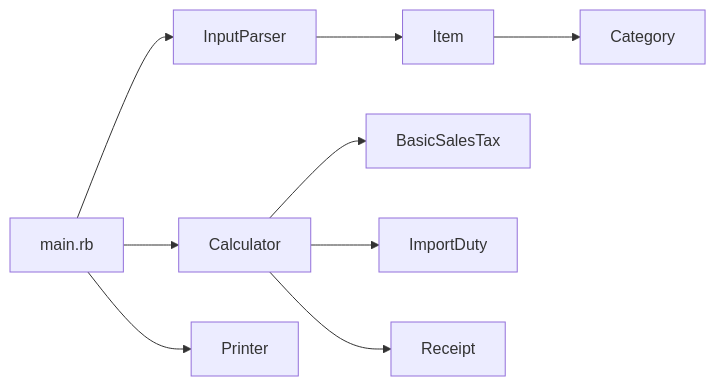
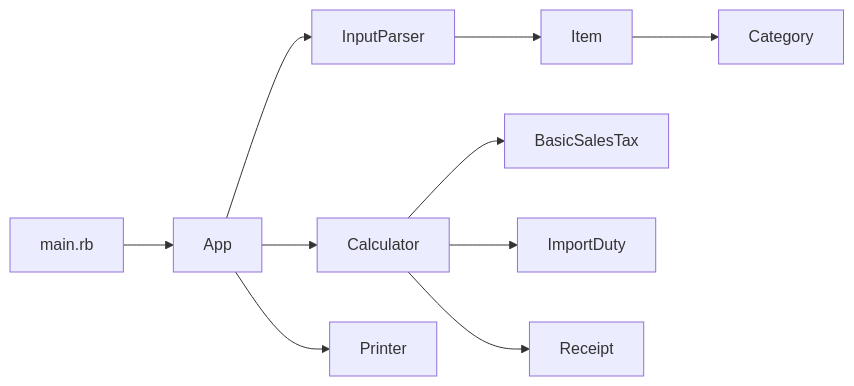
Before and after one commit to evheny0/tests: the diagram in 1/readme.md, drawn with Mermaid.

Commit message:
I think it'll be better with an `App` class

````diff
--- a/1/readme.md
+++ b/1/readme.md
@@ -3,11 +3,12 @@
 ```mermaid
   flowchart LR
-    main.rb --> Calculator
-    main.rb --> InputParser
+    App --> Calculator
+    App --> InputParser
     InputParser --> Item
     Item --> Category
     Calculator --> BasicSalesTax
     Calculator --> ImportDuty
     Calculator --> Receipt
-    main.rb --> Printer
+    App --> Printer
+    main.rb --> App
 ```
````
